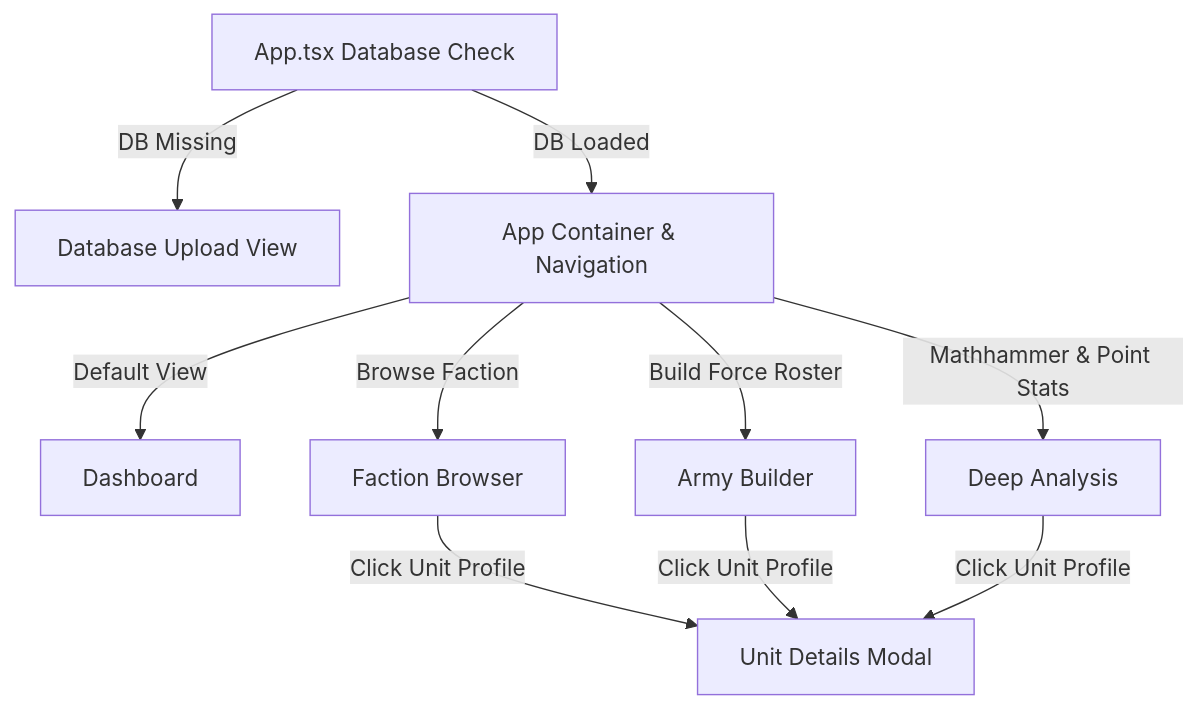
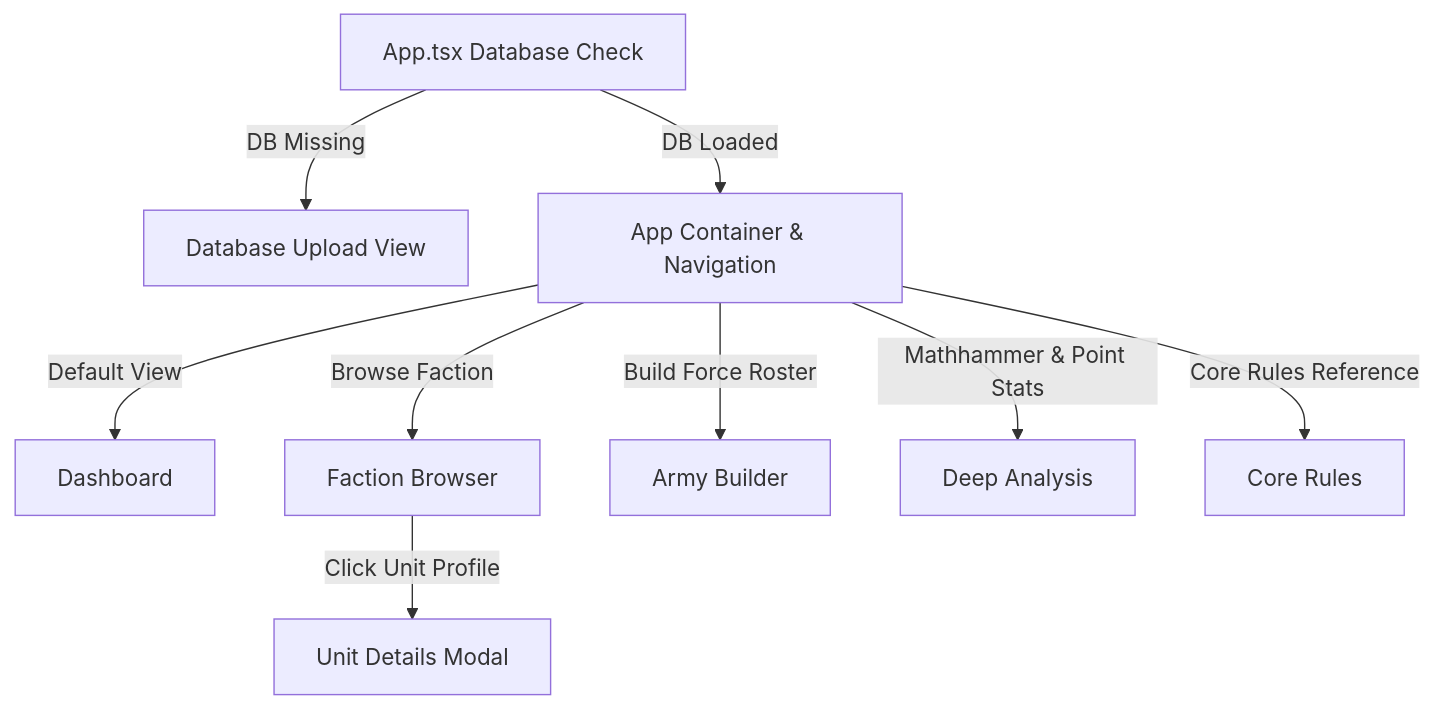
Before and after one commit to georgestephanis/tactical-cognis: the diagram in views/README.md, drawn with Mermaid. The commit also changed other lines of this file and 13 other files, not shown here.

````diff
--- a/views/README.md
+++ b/views/README.md
@@ -13,14 +13,13 @@
 ```mermaid
 graph TD
     INIT[App.tsx Database Check] -->|DB Missing| UPLOAD[Database Upload View]
     INIT -->|DB Loaded| LOADED[App Container & Navigation]
     
     LOADED -->|Default View| DASH[Dashboard]
     LOADED -->|Browse Faction| FB[Faction Browser]
     LOADED -->|Build Force Roster| BUILDER[Army Builder]
     LOADED -->|Mathhammer & Point Stats| ANALYZE[Deep Analysis]
+    LOADED -->|Core Rules Reference| RULES[Core Rules]
     
     FB -->|Click Unit Profile| UD[Unit Details Modal]
-    BUILDER -->|Click Unit Profile| UD
-    ANALYZE -->|Click Unit Profile| UD
 ```
````
